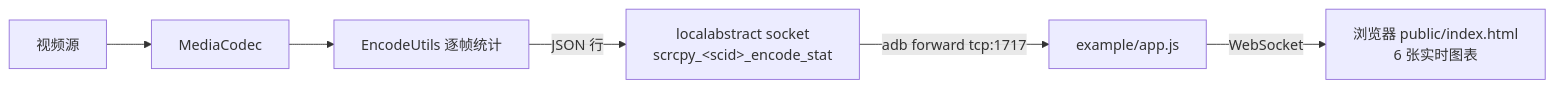
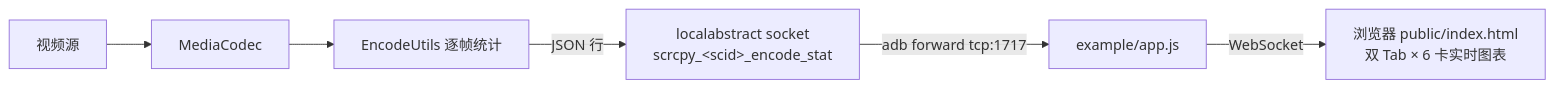
The diagram in README.md (TenthPlanet-TP/scrcpy), drawn with Mermaid before and after one commit. The commit also changed other lines of this file and 3 other files, not shown here.

First line of the commit message:
docs: README 更新双 Tab 截图与指标表

````diff
--- a/README.md
+++ b/README.md
@@ -43,8 +60,8 @@
 ```mermaid
 flowchart LR
     A[视频源] --> B[MediaCodec]
     B --> C[EncodeUtils 逐帧统计]
     C -->|JSON 行| D["localabstract socket<br/>scrcpy_&lt;scid&gt;_encode_stat"]
     D -->|adb forward tcp:1717| E[example/app.js]
-    E -->|WebSocket| F["浏览器 public/index.html<br/>6 张实时图表"]
+    E -->|WebSocket| F["浏览器 public/index.html<br/>双 Tab × 6 卡实时图表"]
 ```
````
